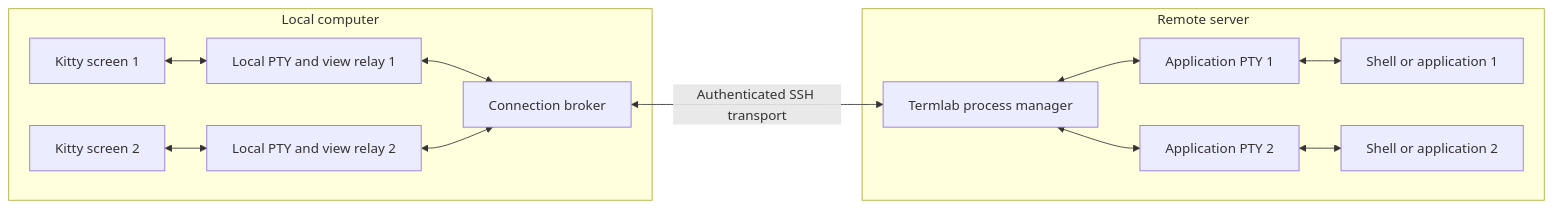
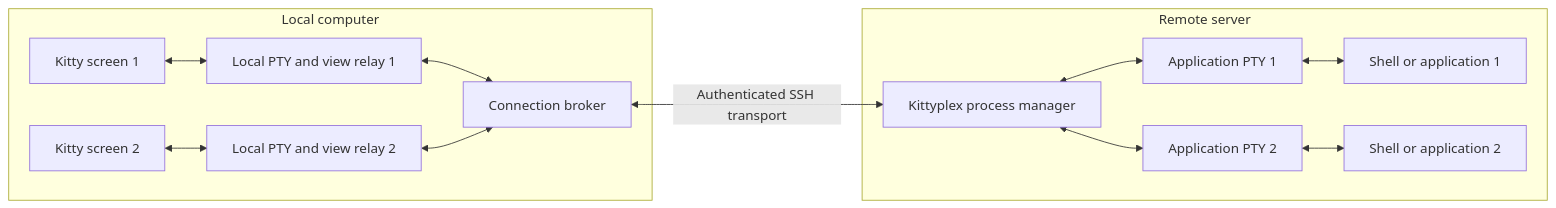
The first of 2 diagrams in docs/remote-session-architecture.md (claes/kittyplex), drawn with Mermaid before and after one commit. The commit also changed other lines of this file and 40 other files, not shown here.

Commit message:
Rename from termlab to kittyplex

````diff
--- a/docs/remote-session-architecture.md
+++ b/docs/remote-session-architecture.md
@@ -170,15 +170,15 @@
 ```mermaid
 flowchart LR
     subgraph Local["Local computer"]
         K1["Kitty screen 1"] <--> L1["Local PTY and view relay 1"]
         K2["Kitty screen 2"] <--> L2["Local PTY and view relay 2"]
         L1 <--> B["Connection broker"]
         L2 <--> B
     end
     B <-->|"Authenticated SSH transport"| T
     subgraph Remote["Remote server"]
-        T["Termlab process manager"]
+        T["Kittyplex process manager"]
         T <--> P1["Application PTY 1"] <--> A1["Shell or application 1"]
         T <--> P2["Application PTY 2"] <--> A2["Shell or application 2"]
     end
 ```
````
